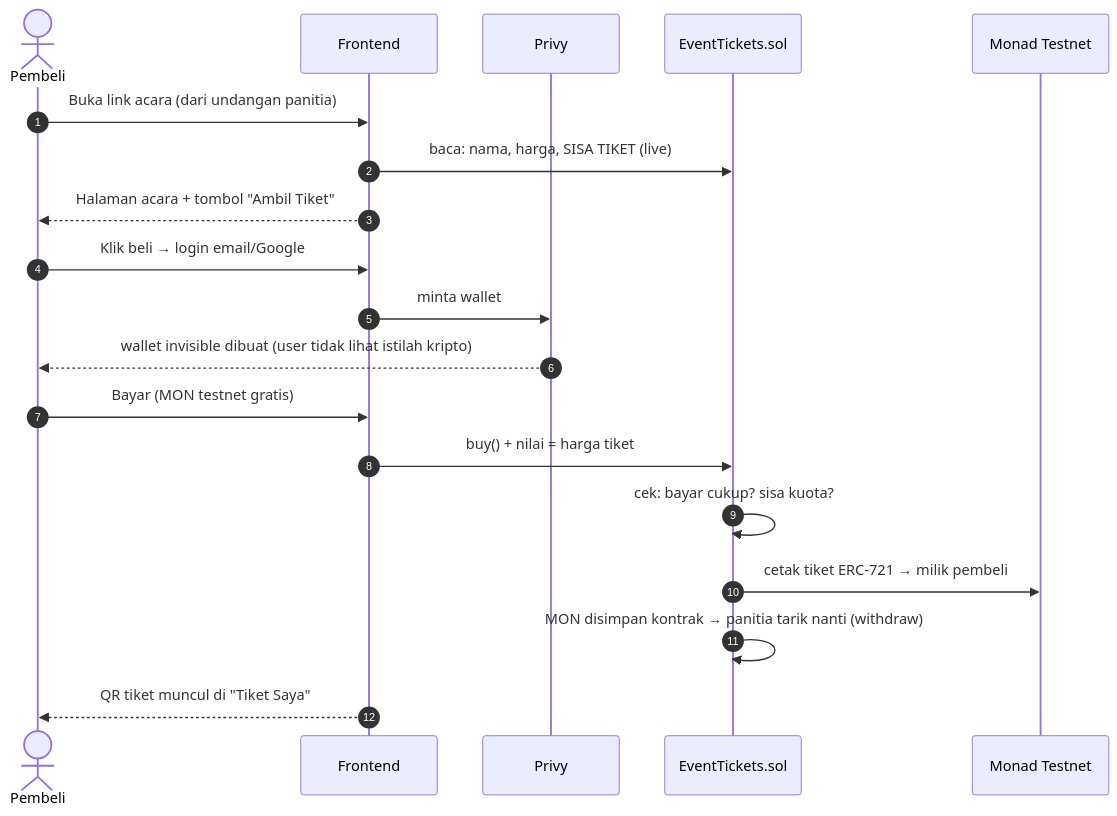
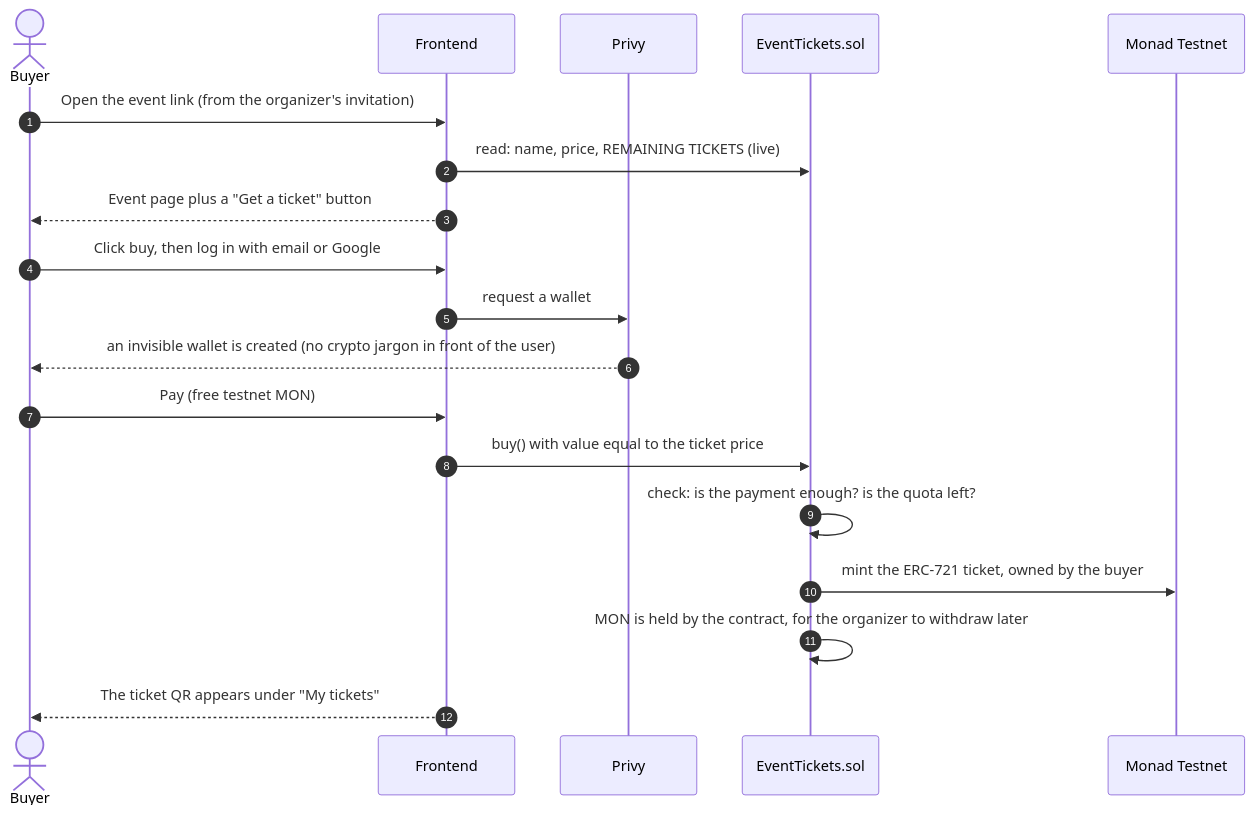
Before and after one commit to mA4rK0/sticket: the fourth of 8 diagrams in blueprint.md, drawn with Mermaid. The commit also changed other lines of this file and 58 other files, not shown here.

Commit message:
feat(app): Sticket frontend with buyer flow, resale market, dashboard and scanner

````diff
--- a/blueprint.md
+++ b/blueprint.md
@@ -190,22 +190,22 @@
 ```mermaid
 sequenceDiagram
     autonumber
-    actor PB as Pembeli
+    actor PB as Buyer
     participant FE as Frontend
     participant PR as Privy
     participant T as EventTickets.sol
     participant M as Monad Testnet
 
-    PB->>FE: Buka link acara (dari undangan panitia)
-    FE->>T: baca: nama, harga, SISA TIKET (live)
-    FE-->>PB: Halaman acara + tombol "Ambil Tiket"
-    PB->>FE: Klik beli → login email/Google
-    FE->>PR: minta wallet
-    PR-->>PB: wallet invisible dibuat (user tidak lihat istilah kripto)
-    PB->>FE: Bayar (MON testnet gratis)
-    FE->>T: buy() + nilai = harga tiket
-    T->>T: cek: bayar cukup? sisa kuota?
-    T->>M: cetak tiket ERC-721 → milik pembeli
-    T->>T: MON disimpan kontrak → panitia tarik nanti (withdraw)
-    FE-->>PB: QR tiket muncul di "Tiket Saya"
+    PB->>FE: Open the event link (from the organizer's invitation)
+    FE->>T: read: name, price, REMAINING TICKETS (live)
+    FE-->>PB: Event page plus a "Get a ticket" button
+    PB->>FE: Click buy, then log in with email or Google
+    FE->>PR: request a wallet
+    PR-->>PB: an invisible wallet is created (no crypto jargon in front of the user)
+    PB->>FE: Pay (free testnet MON)
+    FE->>T: buy() with value equal to the ticket price
+    T->>T: check: is the payment enough? is the quota left?
+    T->>M: mint the ERC-721 ticket, owned by the buyer
+    T->>T: MON is held by the contract, for the organizer to withdraw later
+    FE-->>PB: The ticket QR appears under "My tickets"
 ```
````
